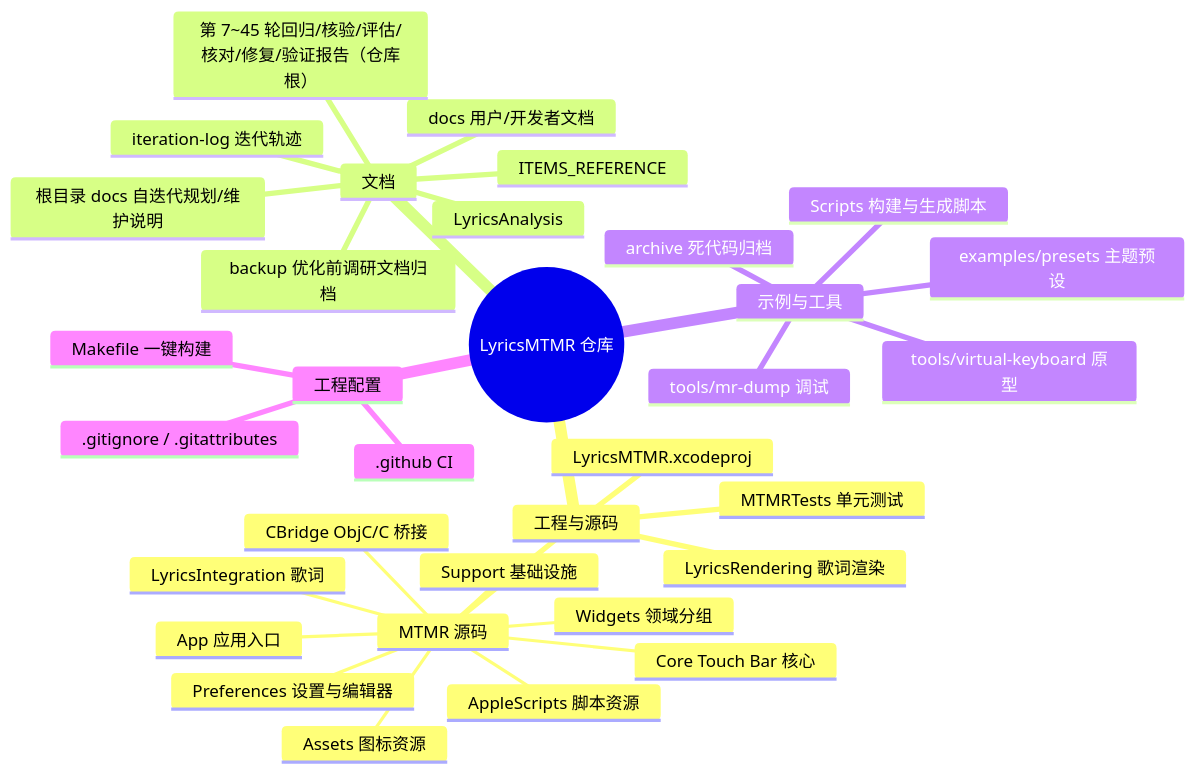
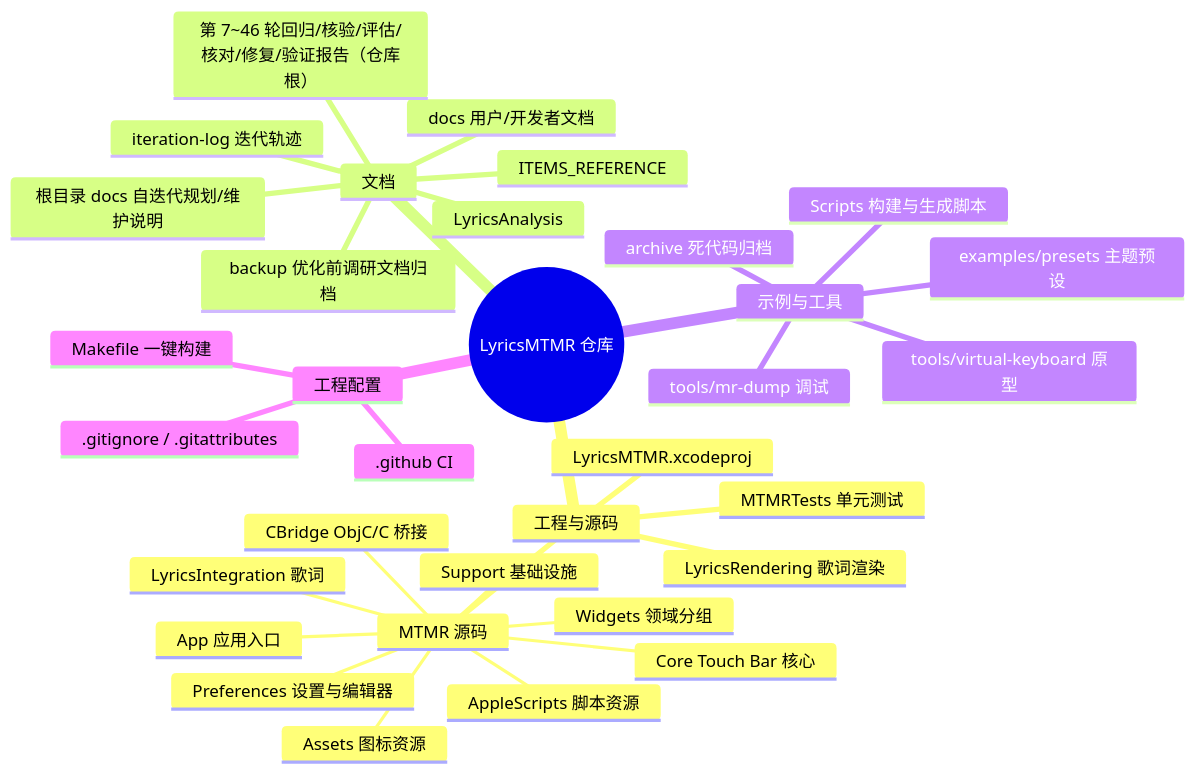
One commit to Tangzishun-Li/LyricsMTMR changed the first of 2 diagrams in LyricsMTMR/docs/file-structure.zh.md. Above: the diagram before and after it, drawn with Mermaid. The commit also changed other lines of this file and 3 other files, not shown here.

````diff
--- a/LyricsMTMR/docs/file-structure.zh.md
+++ b/LyricsMTMR/docs/file-structure.zh.md
@@ -10,36 +10,36 @@
 ```mermaid
 mindmap
   root((LyricsMTMR 仓库))
     工程与源码
       LyricsMTMR.xcodeproj
       MTMR 源码
         App 应用入口
         Core Touch Bar 核心
         Support 基础设施
         Widgets 领域分组
         Preferences 设置与编辑器
         LyricsIntegration 歌词
         CBridge ObjC/C 桥接
         AppleScripts 脚本资源
         Assets 图标资源
       LyricsRendering 歌词渲染
       MTMRTests 单元测试
     文档
       docs 用户/开发者文档
       ITEMS_REFERENCE
       LyricsAnalysis
       backup 优化前调研文档归档
       iteration-log 迭代轨迹
       根目录 docs 自迭代规划/维护说明
-      第 7~45 轮回归/核验/评估/核对/修复/验证报告（仓库根）
+      第 7~46 轮回归/核验/评估/核对/修复/验证报告（仓库根）
     示例与工具
       examples/presets 主题预设
       tools/mr-dump 调试
       tools/virtual-keyboard 原型
       Scripts 构建与生成脚本
       archive 死代码归档
     工程配置
       .github CI
       .gitignore / .gitattributes
       Makefile 一键构建
 ```
````
